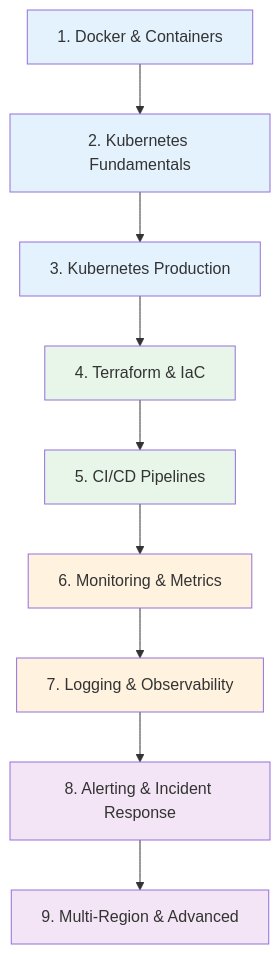
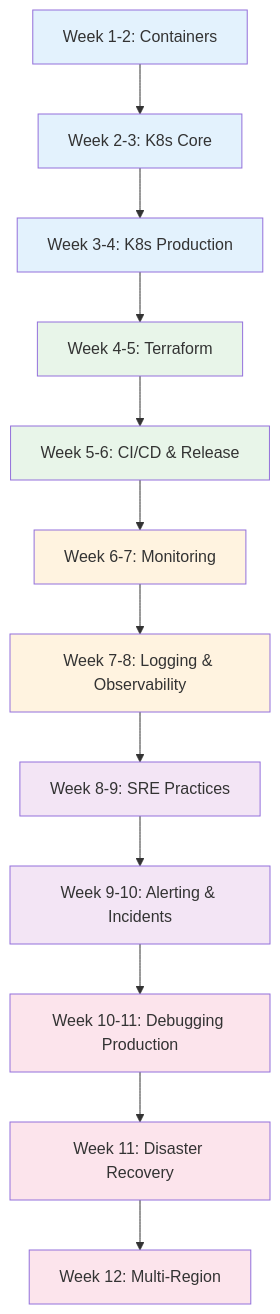
One commit to ayush-jadaun/knowledge-vault changed the diagram in docs/learning-paths/devops-engineer.md. Above: the diagram before and after it, drawn with Mermaid. The commit also changed other lines of this file and 143 other files, not shown here.

````diff
--- a/docs/learning-paths/devops-engineer.md
+++ b/docs/learning-paths/devops-engineer.md
@@ -17,21 +32,27 @@
 ```mermaid
 graph TD
-    S1[1. Docker & Containers] --> S2[2. Kubernetes Fundamentals]
-    S2 --> S3[3. Kubernetes Production]
-    S3 --> S4[4. Terraform & IaC]
-    S4 --> S5[5. CI/CD Pipelines]
-    S5 --> S6[6. Monitoring & Metrics]
-    S6 --> S7[7. Logging & Observability]
-    S7 --> S8[8. Alerting & Incident Response]
-    S8 --> S9[9. Multi-Region & Advanced]
+    S1["Week 1-2: Containers"] --> S2["Week 2-3: K8s Core"]
+    S2 --> S3["Week 3-4: K8s Production"]
+    S3 --> S4["Week 4-5: Terraform"]
+    S4 --> S5["Week 5-6: CI/CD & Release"]
+    S5 --> S6["Week 6-7: Monitoring"]
+    S6 --> S7["Week 7-8: Logging & Observability"]
+    S7 --> S8["Week 8-9: SRE Practices"]
+    S8 --> S9["Week 9-10: Alerting & Incidents"]
+    S9 --> S10["Week 10-11: Debugging Production"]
+    S10 --> S11["Week 11: Disaster Recovery"]
+    S11 --> S12["Week 12: Multi-Region"]
 
     style S1 fill:#e3f2fd
     style S2 fill:#e3f2fd
     style S3 fill:#e3f2fd
     style S4 fill:#e8f5e9
     style S5 fill:#e8f5e9
     style S6 fill:#fff3e0
     style S7 fill:#fff3e0
     style S8 fill:#f3e5f5
     style S9 fill:#f3e5f5
+    style S10 fill:#fce4ec
+    style S11 fill:#fce4ec
+    style S12 fill:#fce4ec
 ```
````
